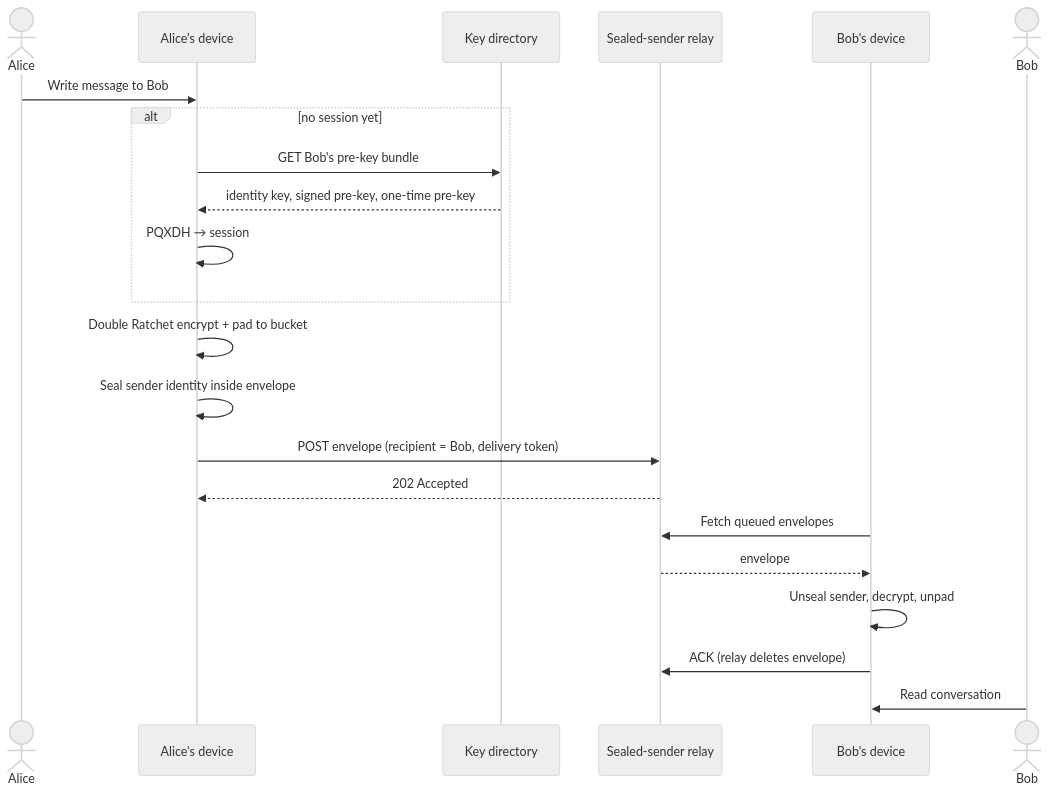
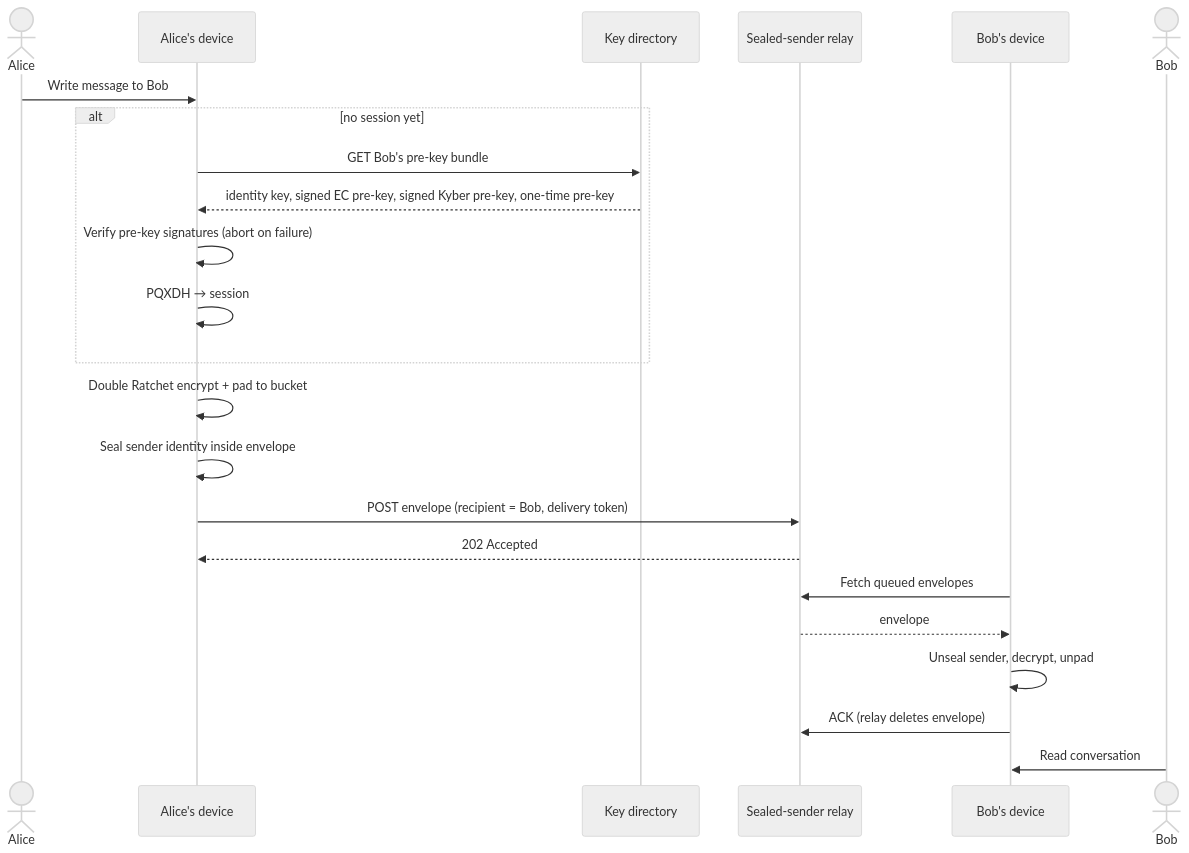
The first of 2 diagrams in docs/architecture/diagrams/e2e-messaging/03-sequence.md (benoit-bremaud/huis-clos), drawn with Mermaid (neutral theme) before and after one commit. The commit also changed other lines of this file and 8 other files, not shown here.

````diff
--- a/docs/architecture/diagrams/e2e-messaging/03-sequence.md
+++ b/docs/architecture/diagrams/e2e-messaging/03-sequence.md
@@ -12,25 +12,26 @@
 ```mermaid
 sequenceDiagram
     actor Alice
     participant AD as Alice's device
     participant K as Key directory
     participant R as Sealed-sender relay
     participant BD as Bob's device
     actor Bob
 
     Alice->>AD: Write message to Bob
     alt no session yet
         AD->>K: GET Bob's pre-key bundle
-        K-->>AD: identity key, signed pre-key, one-time pre-key
+        K-->>AD: identity key, signed EC pre-key, signed Kyber pre-key, one-time pre-key
+        AD->>AD: Verify pre-key signatures (abort on failure)
         AD->>AD: PQXDH → session
     end
     AD->>AD: Double Ratchet encrypt + pad to bucket
     AD->>AD: Seal sender identity inside envelope
     AD->>R: POST envelope (recipient = Bob, delivery token)
     R-->>AD: 202 Accepted
     BD->>R: Fetch queued envelopes
     R-->>BD: envelope
     BD->>BD: Unseal sender, decrypt, unpad
     BD->>R: ACK (relay deletes envelope)
     Bob->>BD: Read conversation
 ```
````
